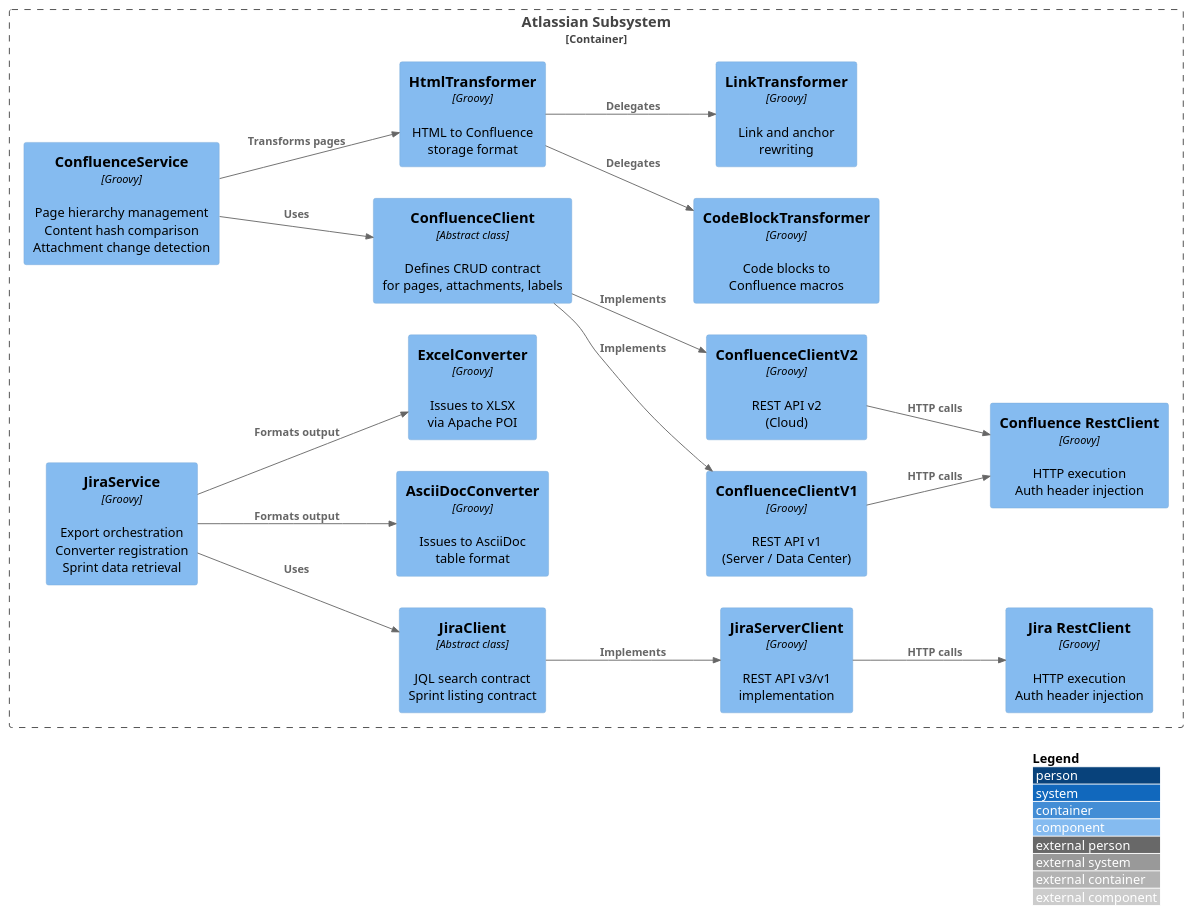
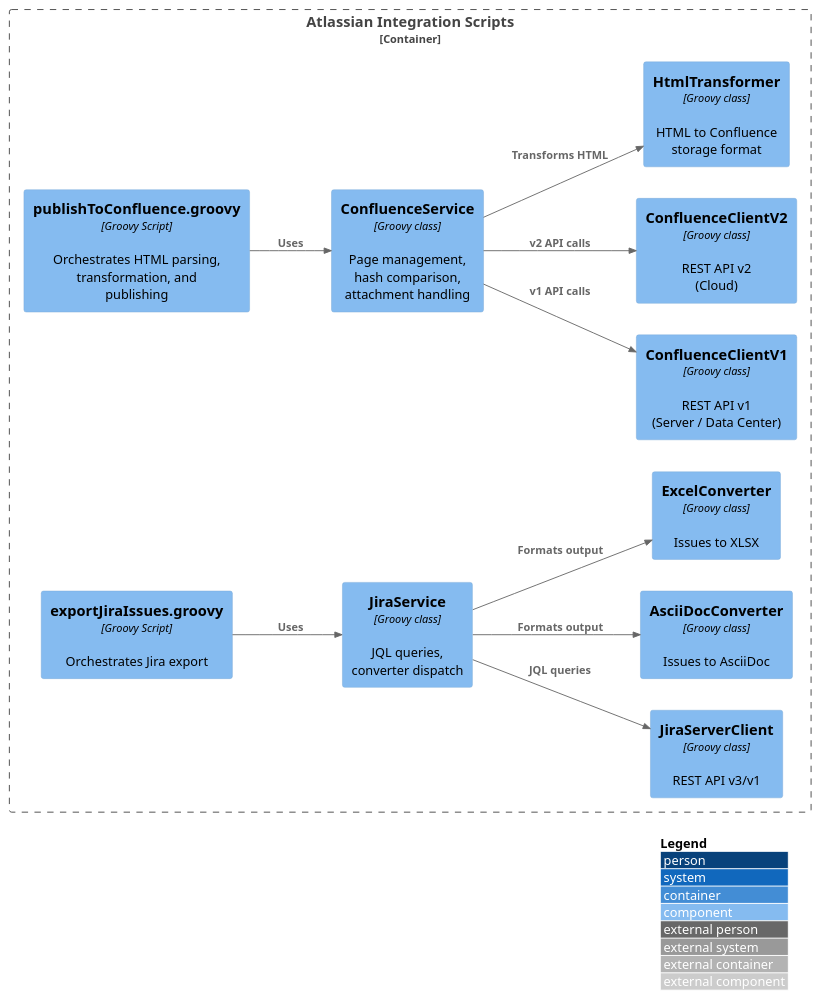
The second of 2 diagrams in src/docs/arc42/chapters/05_building_block_view.adoc (raifdmueller/docToolchain), drawn with PlantUML before and after one commit. The commit also changed other lines of this file and 31 other files, not shown here.

First line of the commit message:
docs: v4 architecture — PRD, specification, ADRs, quality scenarios

```diff
--- a/src/docs/arc42/chapters/05_building_block_view.adoc
+++ b/src/docs/arc42/chapters/05_building_block_view.adoc
@@ -182,46 +132,33 @@
-[plantuml,level3-atlassian,png]
+[plantuml,level3-atlassian-v4,png]
 ----
 @startuml
 !include <C4/C4_Component>
 
 LAYOUT_WITH_LEGEND()
 LAYOUT_LEFT_RIGHT()
 
-Container_Boundary(atlassian, "Atlassian Subsystem") {
-    Component(confSvc, "ConfluenceService", "Groovy", "Page hierarchy management\nContent hash comparison\nAttachment change detection")
-    Component(confClient, "ConfluenceClient", "Abstract class", "Defines CRUD contract\nfor pages, attachments, labels")
-    Component(confV1, "ConfluenceClientV1", "Groovy", "REST API v1\n(Server / Data Center)")
-    Component(confV2, "ConfluenceClientV2", "Groovy", "REST API v2\n(Cloud)")
-    Component(confRest, "Confluence RestClient", "Groovy", "HTTP execution\nAuth header injection")
+Container_Boundary(atlassian, "Atlassian Integration Scripts") {
+    Component(pubConf, "publishToConfluence.groovy", "Groovy Script", "Orchestrates HTML parsing,\ntransformation, and publishing")
+    Component(confSvc, "ConfluenceService", "Groovy class", "Page management,\nhash comparison,\nattachment handling")
+    Component(confV1, "ConfluenceClientV1", "Groovy class", "REST API v1\n(Server / Data Center)")
+    Component(confV2, "ConfluenceClientV2", "Groovy class", "REST API v2\n(Cloud)")
+    Component(htmlTrans, "HtmlTransformer", "Groovy class", "HTML to Confluence\nstorage format")
 
-    Component(jiraSvc, "JiraService", "Groovy", "Export orchestration\nConverter registration\nSprint data retrieval")
-    Component(jiraClient, "JiraClient", "Abstract class", "JQL search contract\nSprint listing contract")
-    Component(jiraServer, "JiraServerClient", "Groovy", "REST API v3/v1\nimplementation")
-    Component(jiraRest, "Jira RestClient", "Groovy", "HTTP execution\nAuth header injection")
-
-    Component(adocConv, "AsciiDocConverter", "Groovy", "Issues to AsciiDoc\ntable format")
-    Component(excelConv, "ExcelConverter", "Groovy", "Issues to XLSX\nvia Apache POI")
-
-    Component(htmlTrans, "HtmlTransformer", "Groovy", "HTML to Confluence\nstorage format")
-    Component(codeTrans, "CodeBlockTransformer", "Groovy", "Code blocks to\nConfluence macros")
-    Component(linkTrans, "LinkTransformer", "Groovy", "Link and anchor\nrewriting")
+    Component(expJira, "exportJiraIssues.groovy", "Groovy Script", "Orchestrates Jira export")
+    Component(jiraSvc, "JiraService", "Groovy class", "JQL queries,\nconverter dispatch")
+    Component(jiraClient, "JiraServerClient", "Groovy class", "REST API v3/v1")
+    Component(adocConv, "AsciiDocConverter", "Groovy class", "Issues to AsciiDoc")
+    Component(excelConv, "ExcelConverter", "Groovy class", "Issues to XLSX")
 }
 
-Rel(confSvc, confClient, "Uses")
-Rel(confClient, confV1, "Implements")
-Rel(confClient, confV2, "Implements")
-Rel(confV1, confRest, "HTTP calls")
-Rel(confV2, confRest, "HTTP calls")
+Rel(pubConf, confSvc, "Uses")
+Rel(confSvc, confV1, "v1 API calls")
+Rel(confSvc, confV2, "v2 API calls")
+Rel(confSvc, htmlTrans, "Transforms HTML")
 
-Rel(jiraSvc, jiraClient, "Uses")
-Rel(jiraClient, jiraServer, "Implements")
-Rel(jiraServer, jiraRest, "HTTP calls")
-
+Rel(expJira, jiraSvc, "Uses")
+Rel(jiraSvc, jiraClient, "JQL queries")
 Rel(jiraSvc, adocConv, "Formats output")
 Rel(jiraSvc, excelConv, "Formats output")
-
-Rel(confSvc, htmlTrans, "Transforms pages")
-Rel(htmlTrans, codeTrans, "Delegates")
-Rel(htmlTrans, linkTrans, "Delegates")
 @enduml
 ----
```
